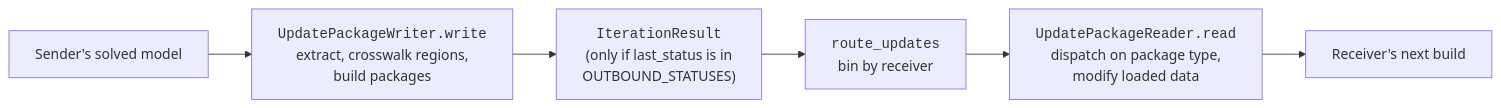
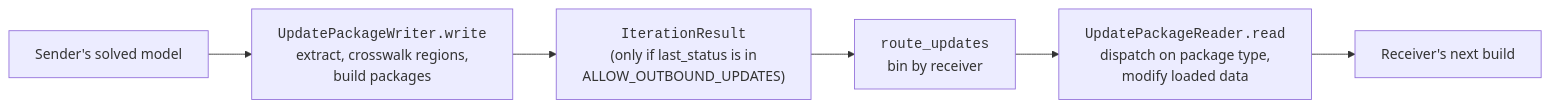
The second of 2 diagrams in docs/run_modes/integrated.md (Community-NEMS/cnems-models), drawn with Mermaid before and after one commit. The commit also changed other lines of this file and 6 other files, not shown here.

First line of the commit message:
Resend last accepted packages, claim integrated output folder, unify outbound status set

````diff
--- a/docs/run_modes/integrated.md
+++ b/docs/run_modes/integrated.md
@@ -82,8 +85,8 @@
 ```mermaid
 flowchart LR
     A["Sender's solved model"] --> B["<code>UpdatePackageWriter.write</code><br/>extract, crosswalk regions,<br/>build packages"]
-    B --> C["<code>IterationResult</code><br/>(only if last_status is in<br/>OUTBOUND_STATUSES)"]
+    B --> C["<code>IterationResult</code><br/>(only if last_status is in<br/>ALLOW_OUTBOUND_UPDATES)"]
     C --> D["<code>route_updates</code><br/>bin by receiver"]
     D --> E["<code>UpdatePackageReader.read</code><br/>dispatch on package type,<br/>modify loaded data"]
     E --> F["Receiver's next build"]
 ```
````
